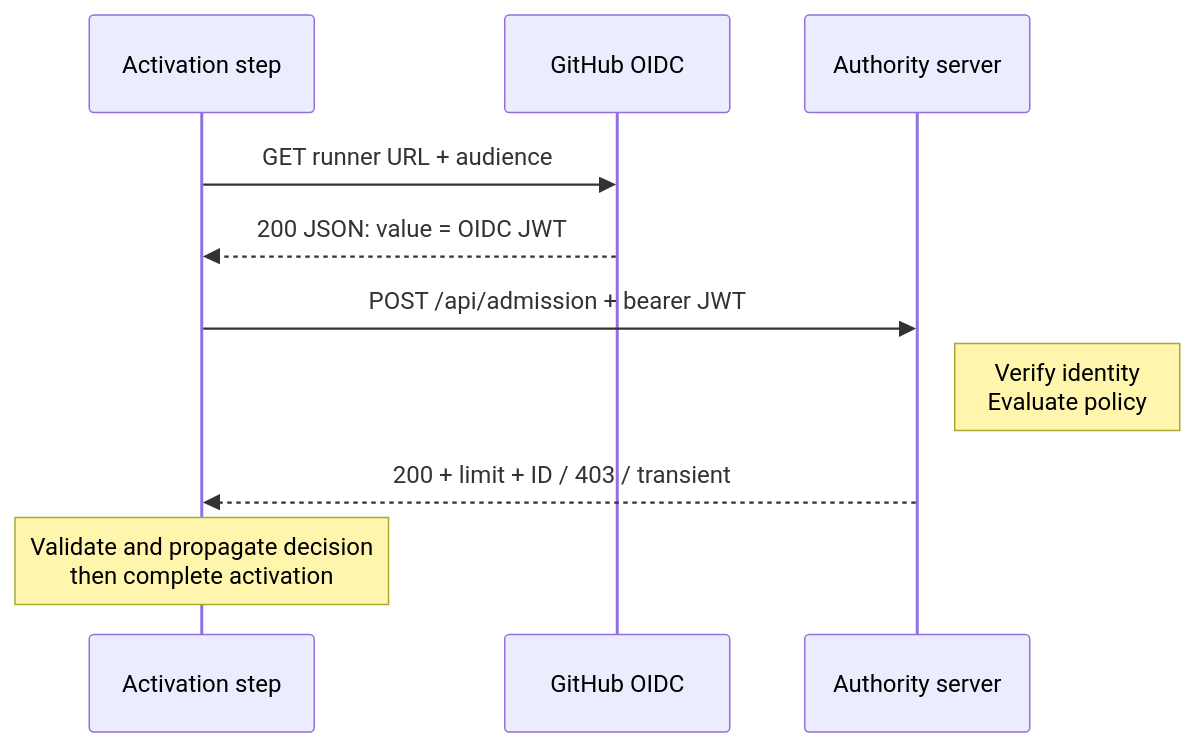
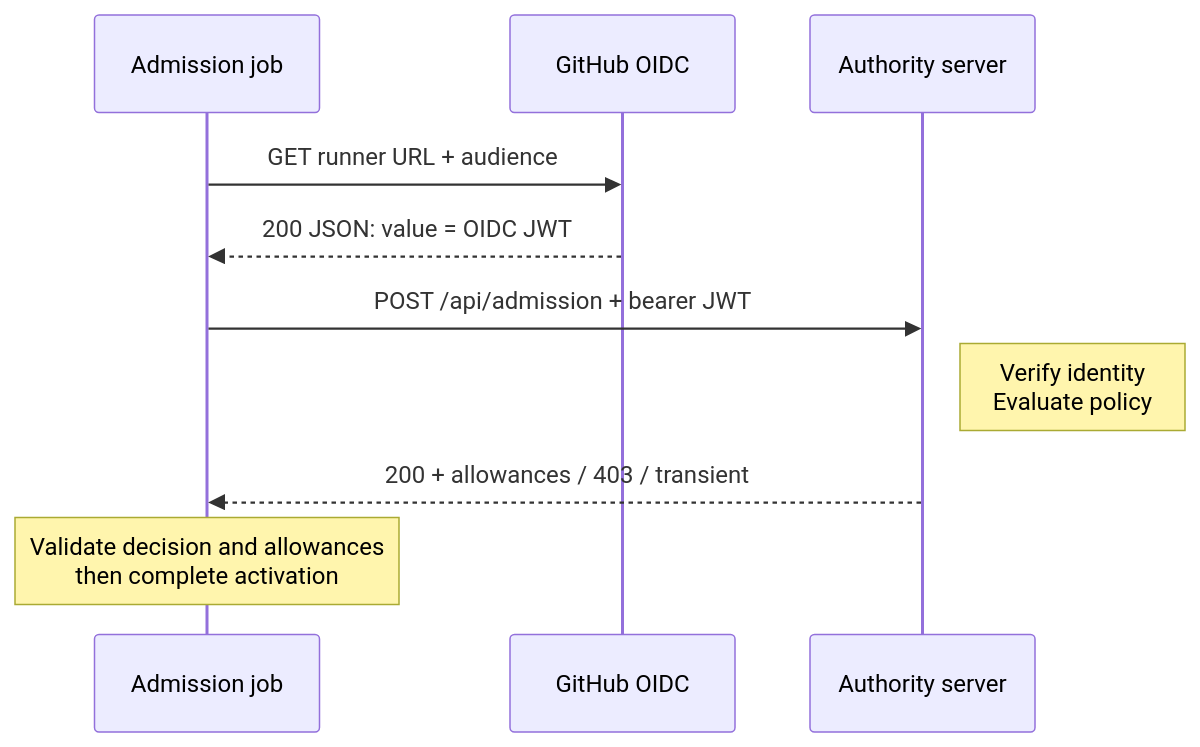
The second of 5 diagrams in docs/src/content/docs/specs/admission-service-specification.md (githubnext/gh-aw), drawn with Mermaid before and after one commit. The commit also changed other lines of this file and 419 other files, not shown here.

First line of the commit message:
Add isolated OIDC admission and runtime credit allowances (#70429)

````diff
--- a/docs/src/content/docs/specs/admission-service-specification.md
+++ b/docs/src/content/docs/specs/admission-service-specification.md
@@ -99,13 +103,13 @@
 ```mermaid
 sequenceDiagram
-    participant A as Activation step
+    participant A as Admission job
     participant G as GitHub OIDC
     participant S as Authority server
 
     A->>G: GET runner URL + audience
     G-->>A: 200 JSON: value = OIDC JWT
     A->>S: POST /api/admission + bearer JWT
     Note right of S: Verify identity<br/>Evaluate policy
-    S-->>A: 200 + limit + ID / 403 / transient
-    Note over A: Validate and propagate decision<br/>then complete activation
+    S-->>A: 200 + allowances / 403 / transient
+    Note over A: Validate decision and allowances<br/>then complete activation
 ```
````
